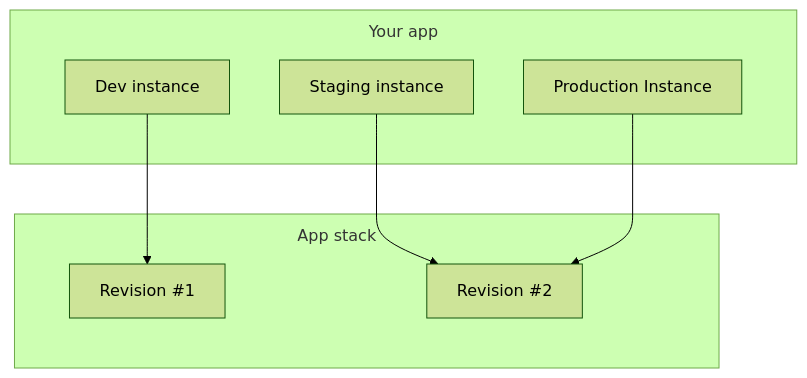
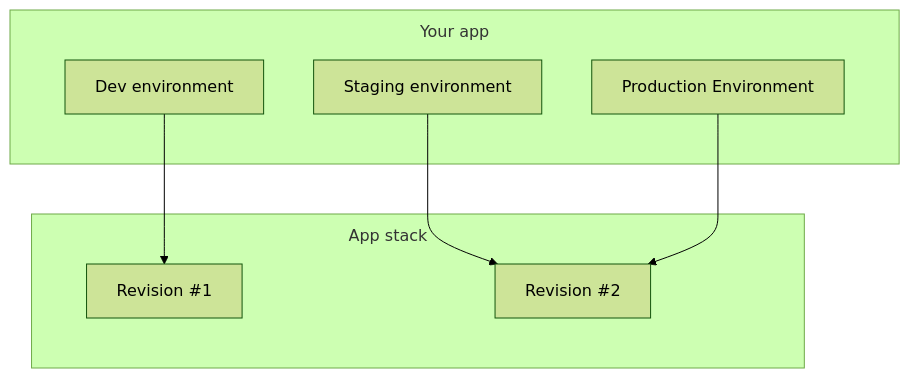
One commit to wodby/docs changed the diagram in 2.0/docs/apps/index.md. Above: the diagram before and after it, drawn with Mermaid (forest theme). The commit also changed other lines of this file and 84 other files, not shown here.

````diff
--- a/2.0/docs/apps/index.md
+++ b/2.0/docs/apps/index.md
@@ -13,23 +15,23 @@
 ```mermaid
 flowchart TD
     subgraph App2["<div style='margin-top:10px; white-space: nowrap;'>Your app</div>"]
         subgraph group[ ]
-            Dev["Dev instance"]
-            Staging["Staging instance"]
-            Prod["Production Instance"]
+            Dev["Dev environment"]
+            Staging["Staging environment"]
+            Prod["Production Environment"]
         end
         style group fill:none,stroke:none,stroke-width:0px
     end   
 
     subgraph Stack["<div style='margin-top:10px; margin-right: 60px; white-space: nowrap;'>App stack</div>"]
         subgraph group3[ ]
             Rev1["Revision #1"]
             Rev2["Revision #2"]
         end
         style group3 fill:none,stroke:none,stroke-width:0px            
     end
     
     Dev --> Rev1
     Staging --> Rev2
     Prod --> Rev2
 ```
````
